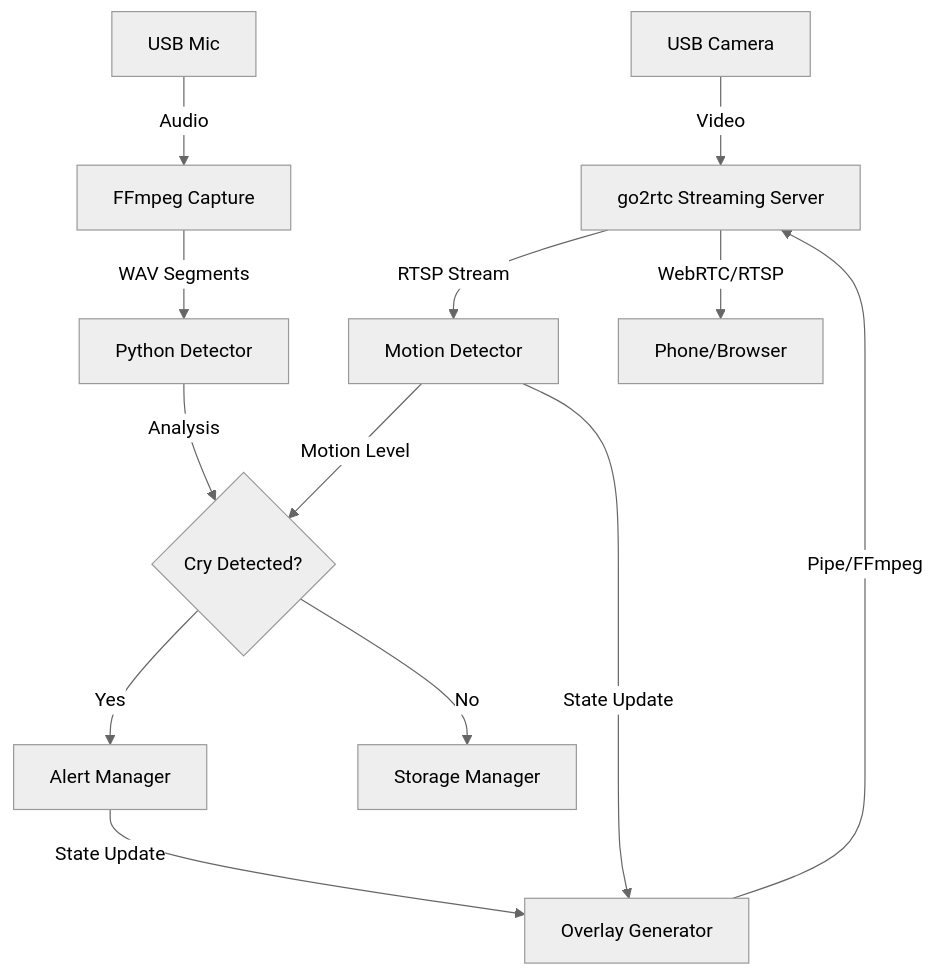
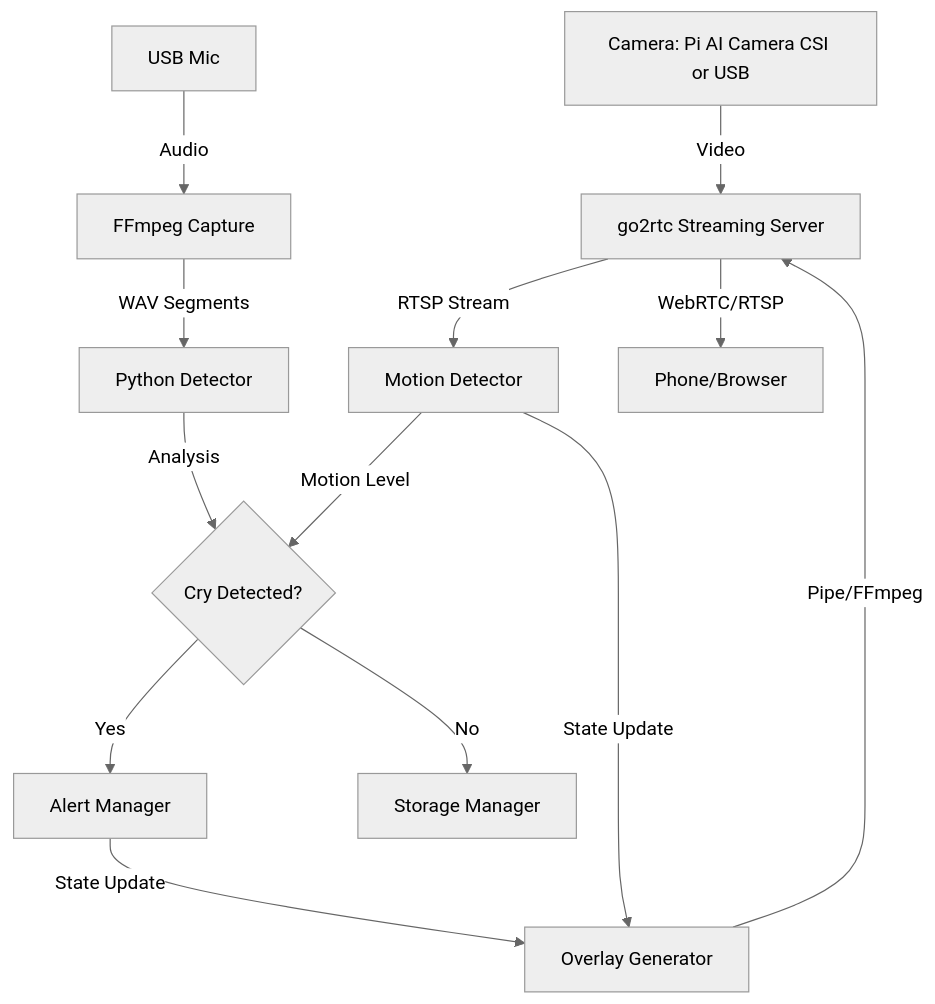
Before and after one commit to ArthurVil/bbwatch: the diagram in README.md, drawn with Mermaid (neutral theme). The commit also changed other lines of this file and 1 other file, not shown here.

First line of the commit message:
docs: update README for host-native go2rtc, IMX500 camera and shipped tuning

````diff
--- a/README.md
+++ b/README.md
@@ -210,21 +249,21 @@
 ```mermaid
 graph TD
-    Cam[USB Camera] -->|Video| Go2RTC[go2rtc Streaming Server]
+    Cam[Camera: Pi AI Camera CSI or USB] -->|Video| Go2RTC[go2rtc Streaming Server]
     Mic[USB Mic] -->|Audio| FFmpeg[FFmpeg Capture]
     
     FFmpeg -->|WAV Segments| Detector[Python Detector]
     
     Go2RTC -->|RTSP Stream| Motion[Motion Detector]
     
     Detector -->|Analysis| Logic{Cry Detected?}
     Motion -->|Motion Level| Logic
     
     Logic -->|Yes| Alert[Alert Manager]
     Logic -->|No| Store[Storage Manager]
     
     Alert -->|State Update| Overlay[Overlay Generator]
     Motion -->|State Update| Overlay
     
     Go2RTC -->|WebRTC/RTSP| Client[Phone/Browser]
     Overlay -->|Pipe/FFmpeg| Go2RTC
 ```
````
